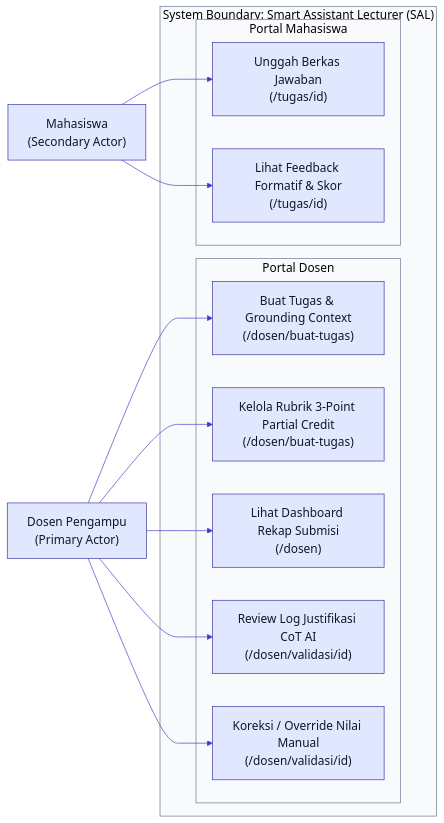
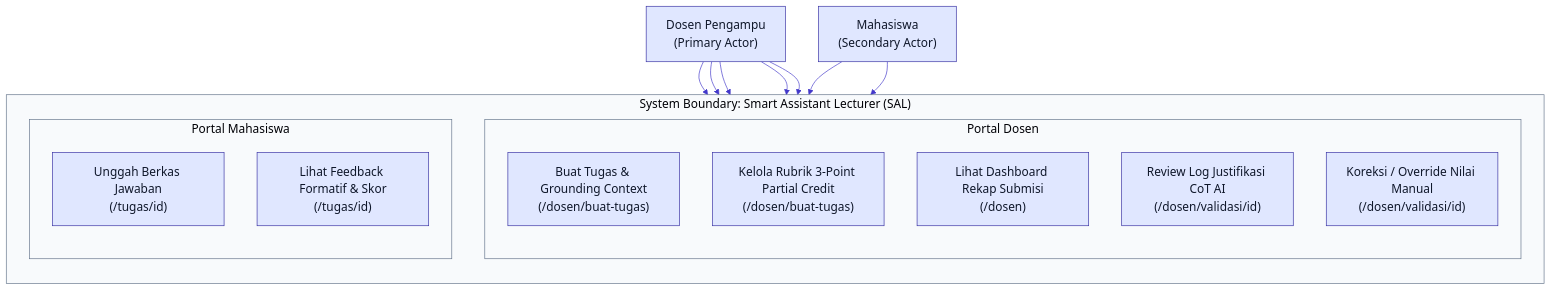
One commit to reyvanpurnama/smart-assistant-lecturer changed the first of 4 diagrams in docs/06_revisi_sidang_akhir/03_UML_USECASE_DAN_3_SEQUENCE_DIAGRAMS_BAB3.md. Above: the diagram before and after it, drawn with Mermaid. The commit also changed other lines of this file, not shown here.

Commit message:
fix(docs): change Use Case diagram layout to TB (Dosen on top, Mahasiswa on bottom)

````diff
--- a/docs/06_revisi_sidang_akhir/03_UML_USECASE_DAN_3_SEQUENCE_DIAGRAMS_BAB3.md
+++ b/docs/06_revisi_sidang_akhir/03_UML_USECASE_DAN_3_SEQUENCE_DIAGRAMS_BAB3.md
@@ -29,43 +29,46 @@
 ```mermaid
 %%{init: {
   'theme': 'base',
   'themeVariables': {
     'fontFamily': 'Arial, sans-serif',
     'fontSize': '18px',
     'primaryColor': '#e0e7ff',
     'primaryTextColor': '#0f172a',
     'primaryBorderColor': '#3730a3',
     'lineColor': '#4338ca',
     'clusterBkg': '#f8fafc',
     'clusterBorder': '#64748b'
   }
 }}%%
-flowchart LR
+flowchart TB
     Dosen["Dosen Pengampu<br/>(Primary Actor)"]
 
     subgraph SystemBoundary["System Boundary: Smart Assistant Lecturer (SAL)"]
+        direction TB
         subgraph DosenPages["Portal Dosen"]
+            direction TB
             UC1["Buat Tugas & Grounding Context<br/>(/dosen/buat-tugas)"]
             UC2["Kelola Rubrik 3-Point Partial Credit<br/>(/dosen/buat-tugas)"]
             UC3["Lihat Dashboard Rekap Submisi<br/>(/dosen)"]
             UC4["Review Log Justifikasi CoT AI<br/>(/dosen/validasi/id)"]
             UC5["Koreksi / Override Nilai Manual<br/>(/dosen/validasi/id)"]
         end
 
         subgraph StudentPages["Portal Mahasiswa"]
+            direction TB
             UC6["Unggah Berkas Jawaban<br/>(/tugas/id)"]
             UC7["Lihat Feedback Formatif & Skor<br/>(/tugas/id)"]
         end
     end
 
     Mahasiswa["Mahasiswa<br/>(Secondary Actor)"]
 
     Dosen --> UC1
     Dosen --> UC2
     Dosen --> UC3
     Dosen --> UC4
     Dosen --> UC5
 
     Mahasiswa --> UC6
     Mahasiswa --> UC7
 ```
````
